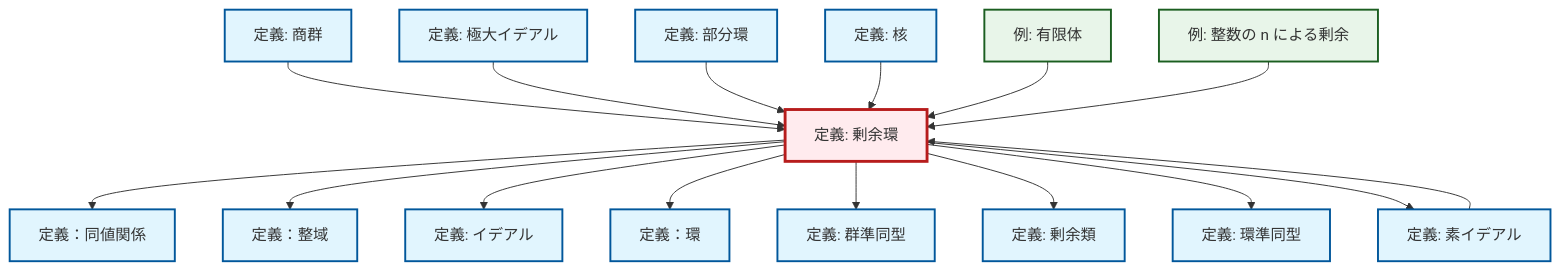
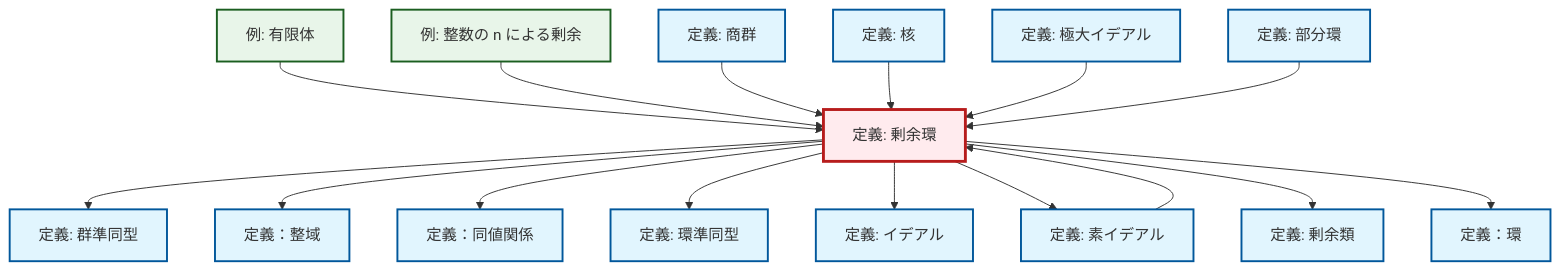
Before and after one commit to RK0429/ModernMath: the diagram in content/ja/algebra/def-quotient-ring.qmd, drawn with Mermaid. The commit also changed other lines of this file and 328 other files, not shown here.

````diff
--- a/content/ja/algebra/def-quotient-ring.qmd
+++ b/content/ja/algebra/def-quotient-ring.qmd
@@ -83,54 +83,54 @@
 ```{mermaid}
 %%| fig-cap: "ローカル依存関係グラフ"
 graph TD
     classDef definition fill:#e1f5fe,stroke:#01579b,stroke-width:2px
     classDef theorem fill:#f3e5f5,stroke:#4a148c,stroke-width:2px
     classDef axiom fill:#fff3e0,stroke:#e65100,stroke-width:2px
     classDef example fill:#e8f5e9,stroke:#1b5e20,stroke-width:2px
     classDef current fill:#ffebee,stroke:#b71c1c,stroke-width:3px
+    ex-finite-field["例: 有限体"]:::example
+    def-coset["定義: 剰余類"]:::definition
+    def-ideal["定義: イデアル"]:::definition
+    def-integral-domain["定義：整域"]:::definition
+    def-kernel["定義: 核"]:::definition
+    def-ring["定義：環"]:::definition
+    ex-quotient-integers-mod-n["例: 整数の n による剰余"]:::example
+    def-prime-ideal["定義: 素イデアル"]:::definition
+    def-quotient-ring["定義: 剰余環"]:::definition
+    def-subring["定義: 部分環"]:::definition
+    def-homomorphism["定義: 群準同型"]:::definition
+    def-equivalence-relation["定義：同値関係"]:::definition
+    def-maximal-ideal["定義: 極大イデアル"]:::definition
     def-quotient-group["定義: 商群"]:::definition
-    def-integral-domain["定義：整域"]:::definition
-    def-maximal-ideal["定義: 極大イデアル"]:::definition
-    def-subring["定義: 部分環"]:::definition
     def-ring-homomorphism["定義: 環準同型"]:::definition
-    ex-quotient-integers-mod-n["例: 整数の n による剰余"]:::example
-    def-equivalence-relation["定義：同値関係"]:::definition
-    def-prime-ideal["定義: 素イデアル"]:::definition
-    def-homomorphism["定義: 群準同型"]:::definition
-    def-ideal["定義: イデアル"]:::definition
-    def-ring["定義：環"]:::definition
-    def-coset["定義: 剰余類"]:::definition
-    def-quotient-ring["定義: 剰余環"]:::definition
-    ex-finite-field["例: 有限体"]:::example
-    def-kernel["定義: 核"]:::definition
+    ex-finite-field --> def-quotient-ring
+    def-prime-ideal --> def-quotient-ring
+    ex-quotient-integers-mod-n --> def-quotient-ring
+    def-quotient-group --> def-quotient-ring
+    def-kernel --> def-quotient-ring
+    def-quotient-ring --> def-homomorphism
+    def-quotient-ring --> def-integral-domain
+    def-maximal-ideal --> def-quotient-ring
+    def-subring --> def-quotient-ring
     def-quotient-ring --> def-equivalence-relation
-    def-quotient-ring --> def-integral-domain
+    def-quotient-ring --> def-ring-homomorphism
     def-quotient-ring --> def-ideal
+    def-quotient-ring --> def-prime-ideal
+    def-quotient-ring --> def-coset
     def-quotient-ring --> def-ring
-    def-quotient-group --> def-quotient-ring
-    def-quotient-ring --> def-homomorphism
-    def-maximal-ideal --> def-quotient-ring
-    def-prime-ideal --> def-quotient-ring
-    def-quotient-ring --> def-coset
-    def-subring --> def-quotient-ring
-    def-kernel --> def-quotient-ring
-    ex-finite-field --> def-quotient-ring
-    ex-quotient-integers-mod-n --> def-quotient-ring
-    def-quotient-ring --> def-ring-homomorphism
-    def-quotient-ring --> def-prime-ideal
     class def-quotient-ring current
+    click ex-finite-field "ex-finite-field.html" "有限体の例へ"
+    click def-coset "def-coset.html" "剰余類の定義へ"
+    click def-ideal "def-ideal.html" "イデアルの定義へ"
+    click def-integral-domain "def-integral-domain.html" "定義：整域へ"
+    click def-kernel "def-kernel.html" "核の定義へ"
+    click def-ring "def-ring.html" "定義：環へ"
+    click ex-quotient-integers-mod-n "ex-quotient-integers-mod-n.html" "整数の n による剰余の例へ"
+    click def-prime-ideal "def-prime-ideal.html" "素イデアルの定義へ"
+    click def-subring "def-subring.html" "部分環の定義へ"
+    click def-homomorphism "def-homomorphism.html" "群準同型の定義へ"
+    click def-equivalence-relation "def-equivalence-relation.html" "定義：同値関係へ"
+    click def-maximal-ideal "def-maximal-ideal.html" "極大イデアルの定義へ"
     click def-quotient-group "def-quotient-group.html" "商群の定義へ"
-    click def-integral-domain "def-integral-domain.html" "定義：整域へ"
-    click def-maximal-ideal "def-maximal-ideal.html" "極大イデアルの定義へ"
-    click def-subring "def-subring.html" "部分環の定義へ"
     click def-ring-homomorphism "def-ring-homomorphism.html" "環準同型の定義へ"
-    click ex-quotient-integers-mod-n "ex-quotient-integers-mod-n.html" "整数の n による剰余の例へ"
-    click def-equivalence-relation "def-equivalence-relation.html" "定義：同値関係へ"
-    click def-prime-ideal "def-prime-ideal.html" "素イデアルの定義へ"
-    click def-homomorphism "def-homomorphism.html" "群準同型の定義へ"
-    click def-ideal "def-ideal.html" "イデアルの定義へ"
-    click def-ring "def-ring.html" "定義：環へ"
-    click def-coset "def-coset.html" "剰余類の定義へ"
-    click ex-finite-field "ex-finite-field.html" "有限体の例へ"
-    click def-kernel "def-kernel.html" "核の定義へ"
 ```
````
